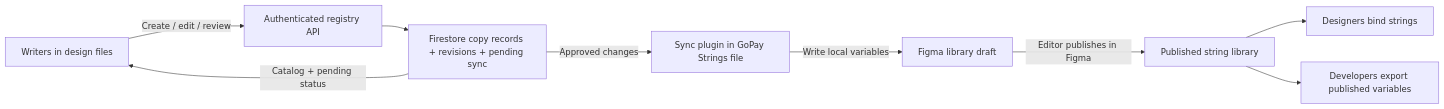
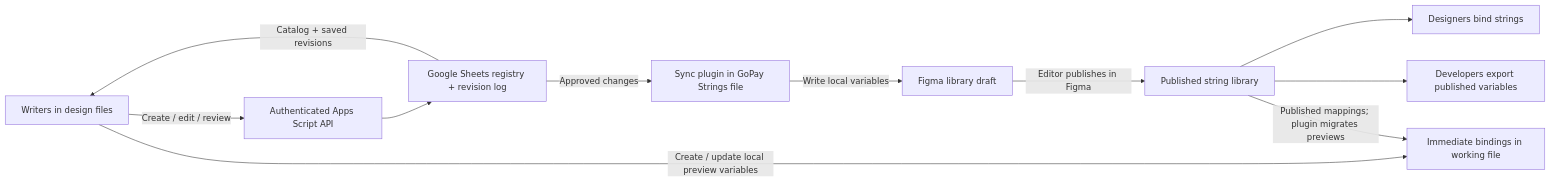
One commit to harunaka-manifesto/string-matching changed the diagram in docs/string-registry-backend.md. Above: the diagram before and after it, drawn with Mermaid. The commit also changed other lines of this file and 31 other files, not shown here.

````diff
--- a/docs/string-registry-backend.md
+++ b/docs/string-registry-backend.md
@@ -13,11 +15,13 @@
 ```mermaid
 flowchart LR
-  W[Writers in design files] -->|Create / edit / review| API[Authenticated registry API]
-  API --> DB[Firestore copy records + revisions + pending sync]
+  W[Writers in design files] -->|Create / edit / review| API[Authenticated Apps Script API]
+  API --> DB[Google Sheets registry + revision log]
   DB -->|Approved changes| L[Sync plugin in GoPay Strings file]
   L -->|Write local variables| F[Figma library draft]
   F -->|Editor publishes in Figma| P[Published string library]
   P --> D[Designers bind strings]
   P --> V[Developers export published variables]
-  DB -->|Catalog + pending status| W
+  DB -->|Catalog + saved revisions| W
+  W -->|Create / update local preview variables| M[Immediate bindings in working file]
+  P -->|Published mappings; plugin migrates previews| M
 ```
````
